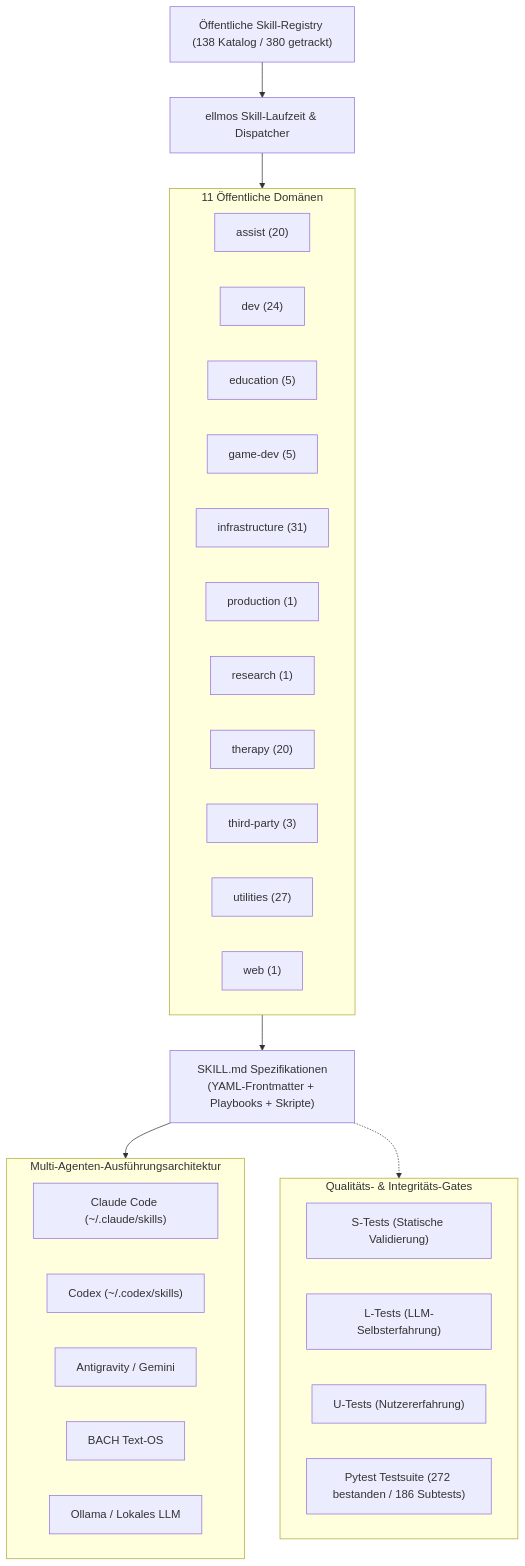
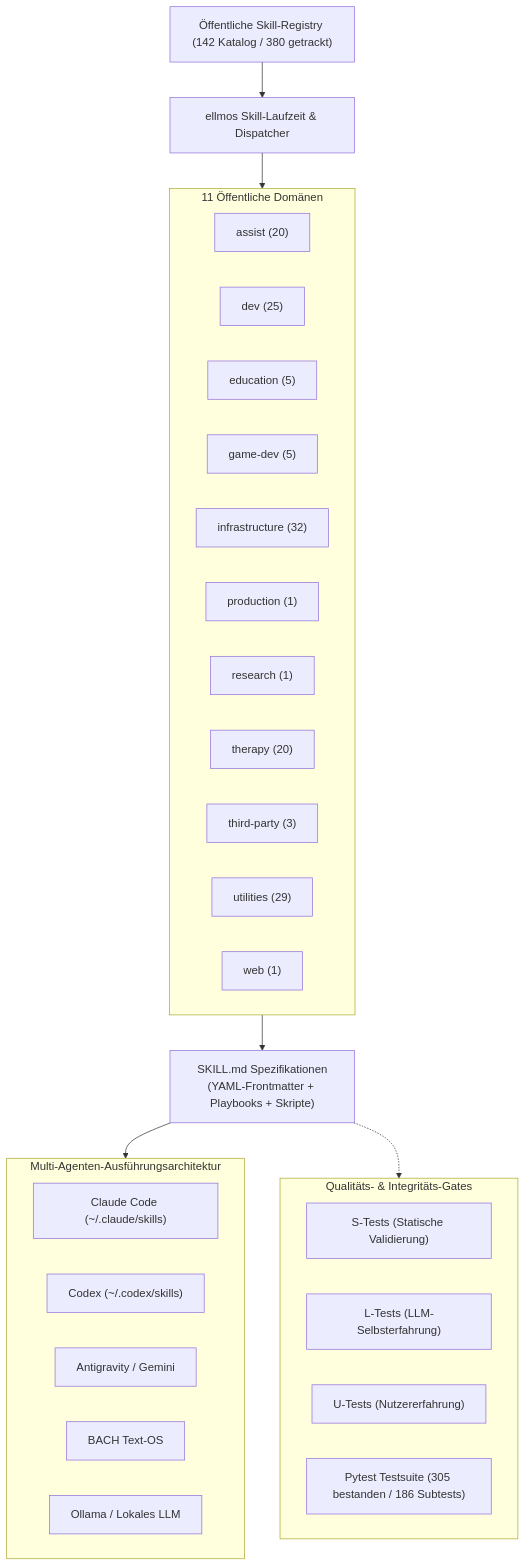
The first of 2 diagrams in README_de.md (ellmos-ai/skills), drawn with Mermaid before and after one commit. The commit also changed other lines of this file and 8 other files, not shown here.

Commit message:
feat(marketing): discoverability, Mermaid diagram sync, NOTICE attribution, and metadata parity (Pfad B 2026-09-24)

````diff
--- a/README_de.md
+++ b/README_de.md
@@ -70,40 +72,40 @@
 ```mermaid
 flowchart TD
-    Registry["Öffentliche Skill-Registry (138 Katalog / 380 getrackt)"] --> Engine["ellmos Skill-Laufzeit & Dispatcher"]
+    Registry["Öffentliche Skill-Registry (142 Katalog / 380 getrackt)"] --> Engine["ellmos Skill-Laufzeit & Dispatcher"]
     
     subgraph Catalog ["11 Öffentliche Domänen"]
         Assist["assist (20)"]
-        Dev["dev (24)"]
+        Dev["dev (25)"]
         Edu["education (5)"]
         Game["game-dev (5)"]
-        Infra["infrastructure (31)"]
+        Infra["infrastructure (32)"]
         Prod["production (1)"]
         Res["research (1)"]
         Therapy["therapy (20)"]
         ThirdParty["third-party (3)"]
-        Utils["utilities (27)"]
+        Utils["utilities (29)"]
         Web["web (1)"]
     end
     
     Engine --> Catalog
     Catalog --> Artifacts["SKILL.md Spezifikationen<br/>(YAML-Frontmatter + Playbooks + Skripte)"]
     
     subgraph MultiAgentRuntimes ["Multi-Agenten-Ausführungsarchitektur"]
         ClaudeCode["Claude Code (~/.claude/skills)"]
         Codex["Codex (~/.codex/skills)"]
         AGY["Antigravity / Gemini"]
         BACH["BACH Text-OS"]
         LocalOllama["Ollama / Lokales LLM"]
     end
     
     Artifacts --> MultiAgentRuntimes
     
     subgraph QualityGates ["Qualitäts- & Integritäts-Gates"]
         STests["S-Tests (Statische Validierung)"]
         LTests["L-Tests (LLM-Selbsterfahrung)"]
         UTests["U-Tests (Nutzererfahrung)"]
-        PytestSuite["Pytest Testsuite (272 bestanden / 186 Subtests)"]
+        PytestSuite["Pytest Testsuite (305 bestanden / 186 Subtests)"]
     end
     
     Artifacts -.-> QualityGates
 ```
````
